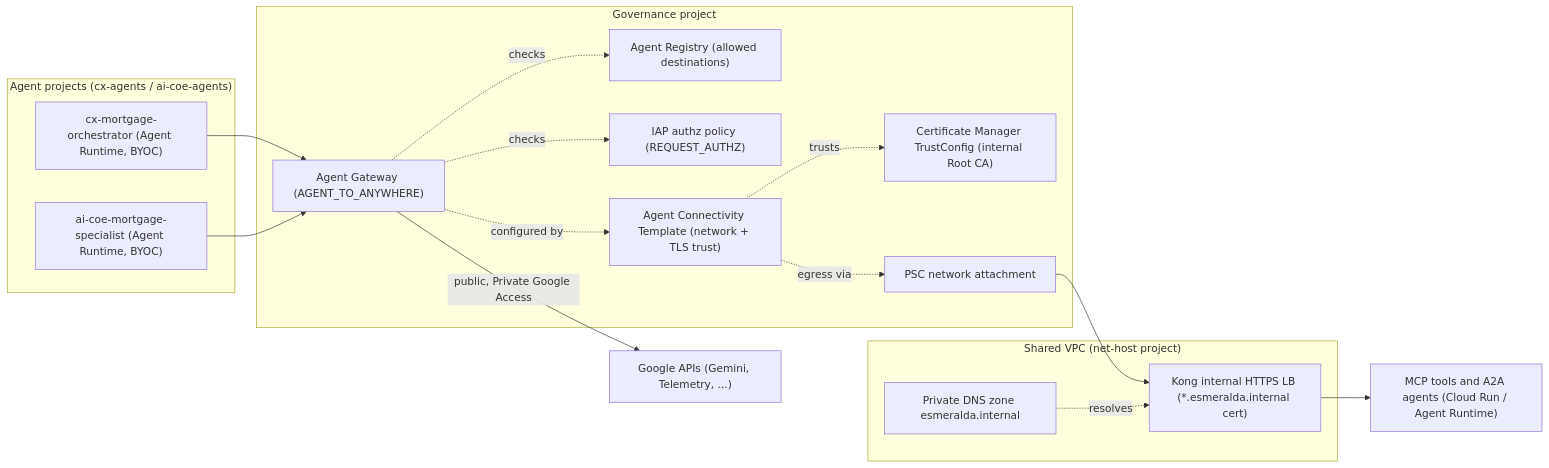
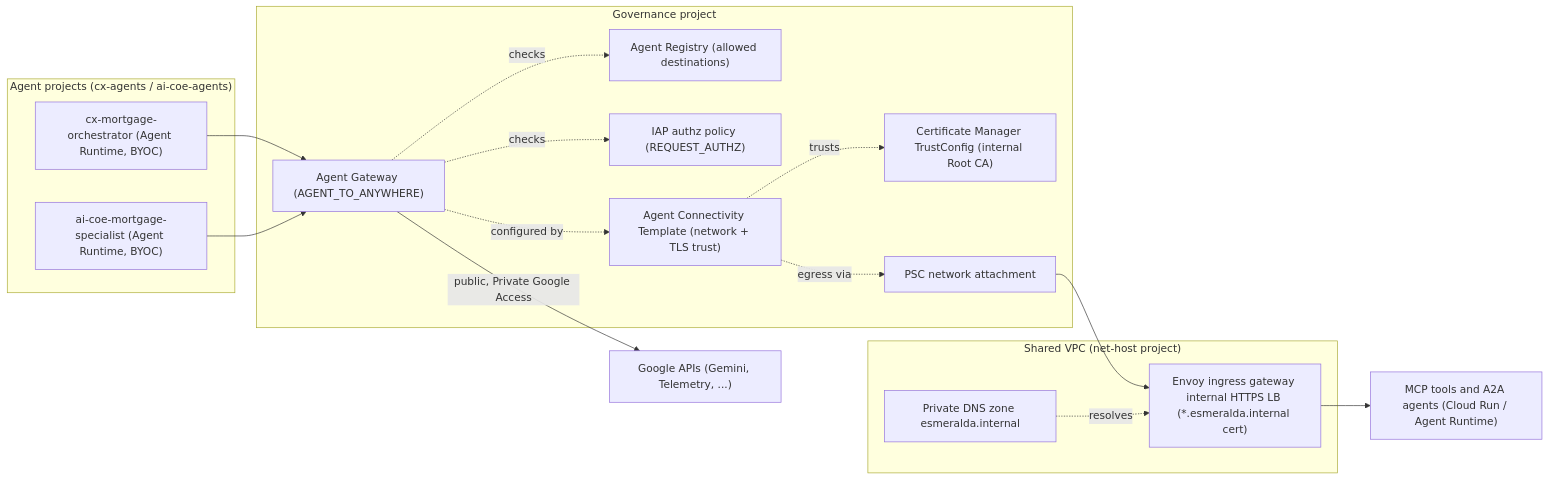
The first of 4 diagrams in docs/src/3-agentops-and-lifecycle/01-central-agent-gateway.md (google/esmeralda), drawn with Mermaid before and after one commit. The commit also changed other lines of this file and 15 other files, not shown here.

First line of the commit message:
docs: describe the Envoy ingress gateway (#73)

````diff
--- a/docs/src/3-agentops-and-lifecycle/01-central-agent-gateway.md
+++ b/docs/src/3-agentops-and-lifecycle/01-central-agent-gateway.md
@@ -58,36 +58,36 @@
 ```mermaid
 flowchart LR
     subgraph AGENTS["Agent projects (cx-agents / ai-coe-agents)"]
         ORCH["cx-mortgage-orchestrator (Agent Runtime, BYOC)"]
         SPEC["ai-coe-mortgage-specialist (Agent Runtime, BYOC)"]
     end
 
     subgraph GOV["Governance project"]
         AGW["Agent Gateway (AGENT_TO_ANYWHERE)"]
         REG["Agent Registry (allowed destinations)"]
         IAP["IAP authz policy (REQUEST_AUTHZ)"]
         ACT["Agent Connectivity Template (network + TLS trust)"]
         TC["Certificate Manager TrustConfig (internal Root CA)"]
         NA["PSC network attachment"]
     end
 
     subgraph NET["Shared VPC (net-host project)"]
         DNS["Private DNS zone esmeralda.internal"]
-        ILB["Kong internal HTTPS LB (*.esmeralda.internal cert)"]
+        ILB["Envoy ingress gateway internal HTTPS LB (*.esmeralda.internal cert)"]
     end
 
     GAPI["Google APIs (Gemini, Telemetry, ...)"]
     MCP["MCP tools and A2A agents (Cloud Run / Agent Runtime)"]
 
     ORCH --> AGW
     SPEC --> AGW
     AGW -. checks .-> REG
     AGW -. checks .-> IAP
     AGW -. configured by .-> ACT
     ACT -. trusts .-> TC
     ACT -. egress via .-> NA
     AGW -->|public, Private Google Access| GAPI
     NA --> ILB
     DNS -. resolves .-> ILB
     ILB --> MCP
 ```
````
